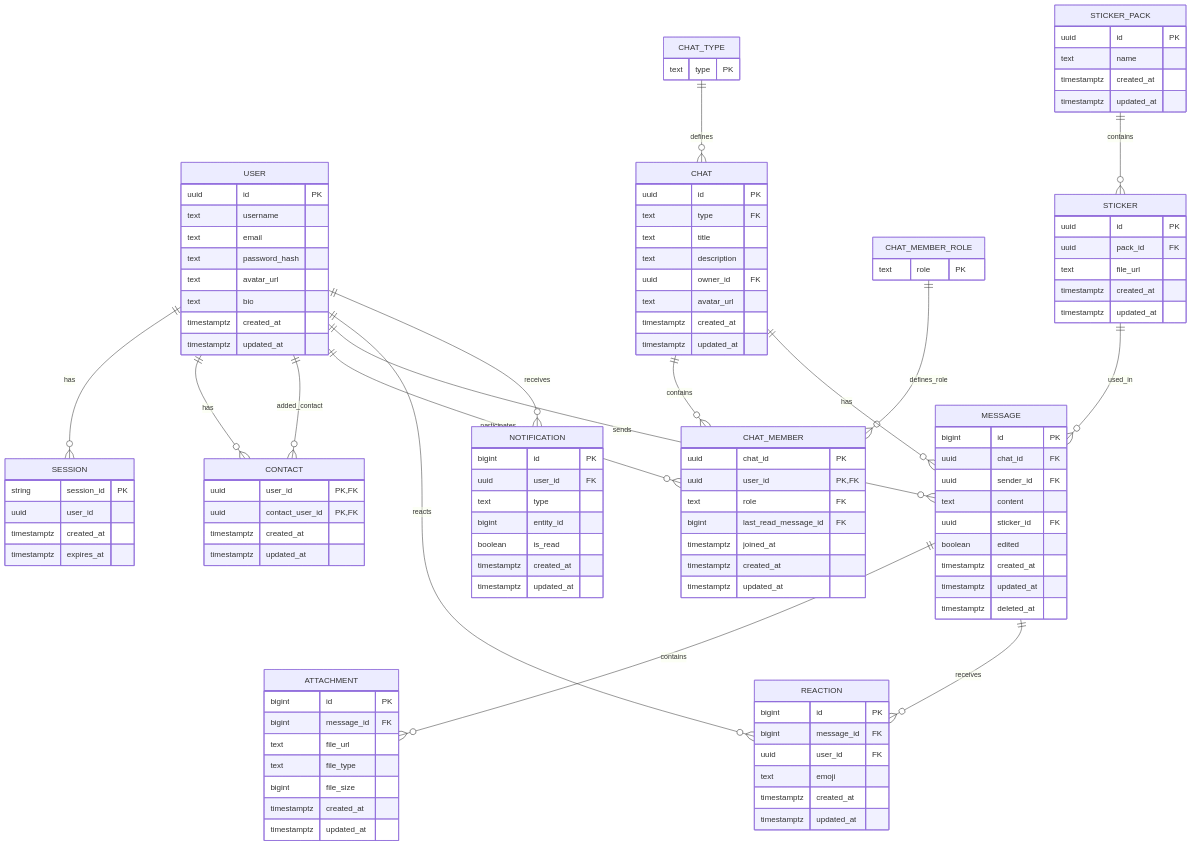
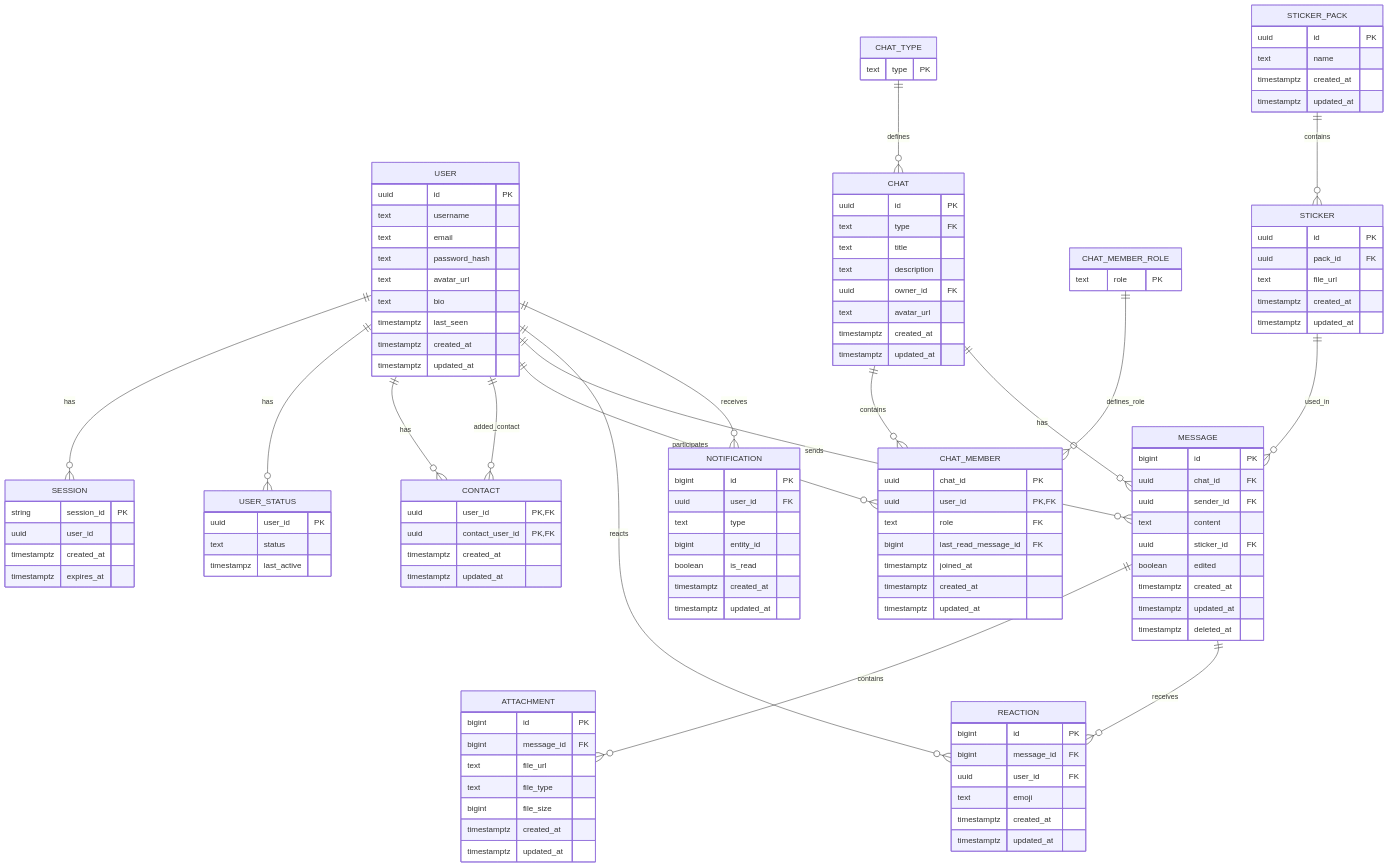
The diagram in db/normalized/realtions.md (go-park-mail-ru/2026_1_ASAP), drawn with Mermaid before and after one commit. The commit also changed other lines of this file, not shown here.

Commit message:
redis status

```diff
--- a/db/normalized/realtions.md
+++ b/db/normalized/realtions.md
@@ -152,6 +161,7 @@
         text password_hash
         text avatar_url
         text bio
+        timestamptz last_seen
         timestamptz created_at
         timestamptz updated_at
     }
@@ -255,9 +265,15 @@
         timestamptz expires_at
     }
 
+    USER_STATUS {
+        uuid user_id PK
+        text status
+        timestampz last_active 
+    }
+
     USER ||--o{ SESSION : has
 
-
+    USER ||--o{ USER_STATUS : has
     USER ||--o{ CONTACT : has
     USER ||--o{ CONTACT : added_contact
 
```
